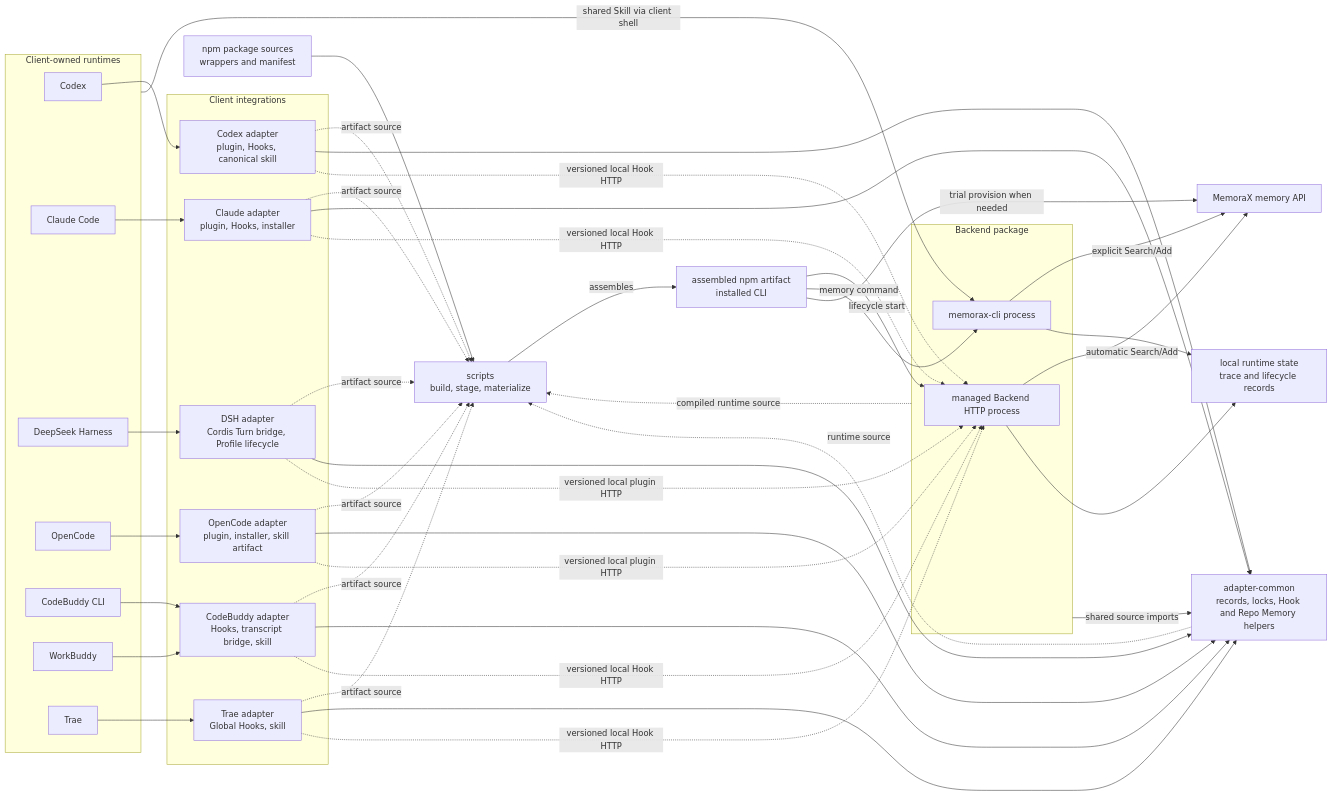
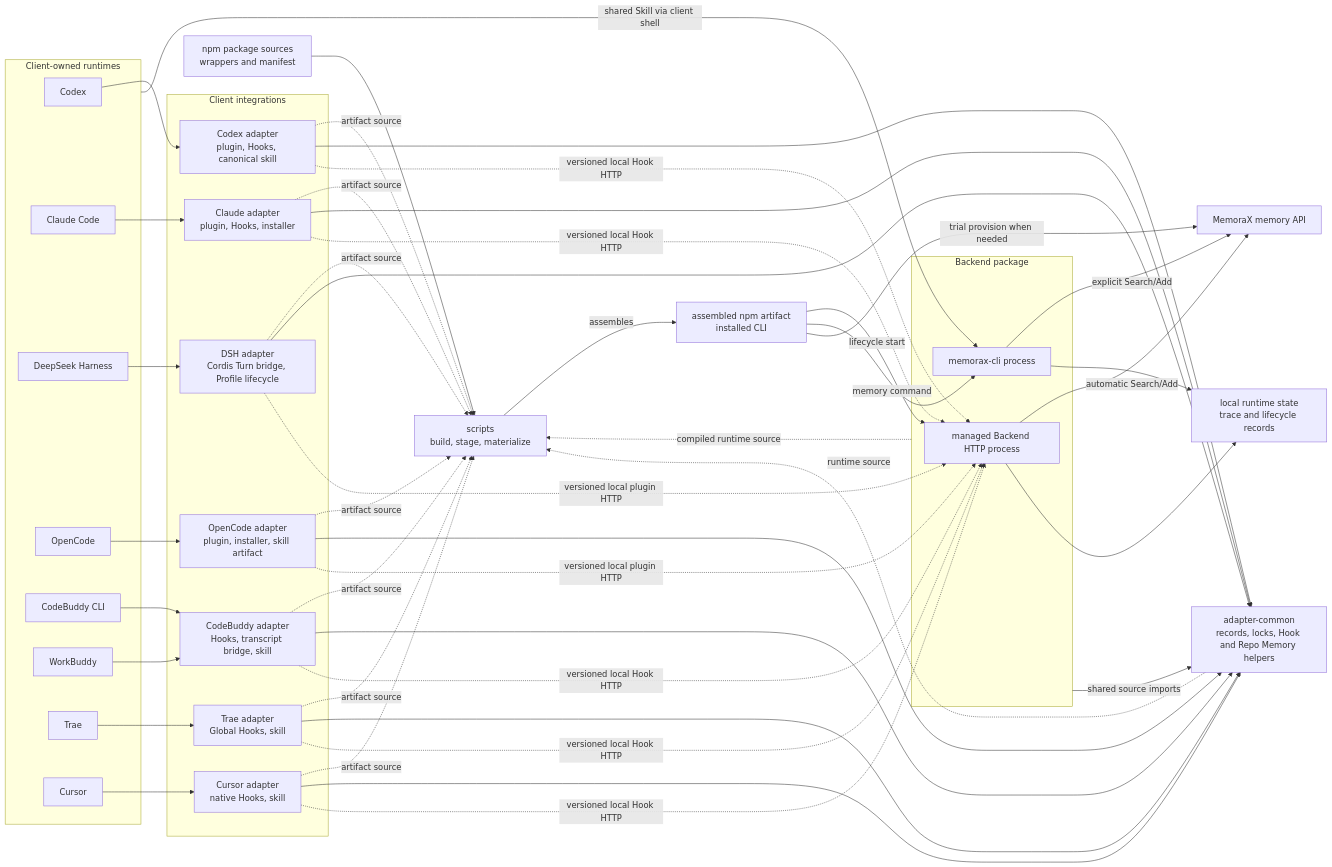
The first of 7 diagrams in ARCHITECTURE.md (SimonEskildse/memorax-code), drawn with Mermaid before and after one commit. The commit also changed other lines of this file and 78 other files, not shown here.

Commit message:
feat:(cursor) add native memory integration and reminders

````diff
--- a/ARCHITECTURE.md
+++ b/ARCHITECTURE.md
@@ -41,74 +41,80 @@
 ```mermaid
 flowchart LR
   subgraph Clients["Client-owned runtimes"]
     Codex["Codex"]
     Claude["Claude Code"]
     DSH["DeepSeek Harness"]
     OpenCode["OpenCode"]
     CodeBuddy["CodeBuddy CLI"]
     WorkBuddy["WorkBuddy"]
     Trae["Trae"]
+    Cursor["Cursor"]
   end
 
   subgraph Adapters["Client integrations"]
     CodexAdapter["Codex adapter<br/>plugin, Hooks, canonical skill"]
     ClaudeAdapter["Claude adapter<br/>plugin, Hooks, installer"]
     DshAdapter["DSH adapter<br/>Cordis Turn bridge, Profile lifecycle"]
     OpenCodeAdapter["OpenCode adapter<br/>plugin, installer, skill artifact"]
     CodeBuddyAdapter["CodeBuddy adapter<br/>Hooks, transcript bridge, skill"]
     TraeAdapter["Trae adapter<br/>Global Hooks, skill"]
+    CursorAdapter["Cursor adapter<br/>native Hooks, skill"]
   end
 
   Common["adapter-common<br/>records, locks, Hook and Repo Memory helpers"]
   subgraph Backend["Backend package"]
     Service["managed Backend HTTP process"]
     MemoryCLI["memorax-cli process"]
   end
   Npm["npm package sources<br/>wrappers and manifest"]
   Build["scripts<br/>build, stage, materialize"]
   Artifact["assembled npm artifact<br/>installed CLI"]
   MemoraX["MemoraX memory API"]
   Local["local runtime state<br/>trace and lifecycle records"]
 
   Npm --> Build
   Backend -. "compiled runtime source" .-> Build
   Common -. "runtime source" .-> Build
   CodexAdapter -. "artifact source" .-> Build
   ClaudeAdapter -. "artifact source" .-> Build
   DshAdapter -. "artifact source" .-> Build
   OpenCodeAdapter -. "artifact source" .-> Build
   CodeBuddyAdapter -. "artifact source" .-> Build
   TraeAdapter -. "artifact source" .-> Build
+  CursorAdapter -. "artifact source" .-> Build
   Build -->|"assembles"| Artifact
   Artifact -->|"lifecycle start"| Service
   Artifact -->|"memory command"| MemoryCLI
   Artifact -->|"trial provision when needed"| MemoraX
 
   Backend -->|"shared source imports"| Common
   CodexAdapter --> Common
   ClaudeAdapter --> Common
   DshAdapter --> Common
   OpenCodeAdapter --> Common
   CodeBuddyAdapter --> Common
   TraeAdapter --> Common
+  CursorAdapter --> Common
 
   Codex --> CodexAdapter
   Claude --> ClaudeAdapter
   DSH --> DshAdapter
   OpenCode --> OpenCodeAdapter
   CodeBuddy --> CodeBuddyAdapter
   WorkBuddy --> CodeBuddyAdapter
   Trae --> TraeAdapter
+  Cursor --> CursorAdapter
   CodexAdapter -. "versioned local Hook HTTP" .-> Service
   ClaudeAdapter -. "versioned local Hook HTTP" .-> Service
   DshAdapter -. "versioned local plugin HTTP" .-> Service
   OpenCodeAdapter -. "versioned local plugin HTTP" .-> Service
   CodeBuddyAdapter -. "versioned local Hook HTTP" .-> Service
   TraeAdapter -. "versioned local Hook HTTP" .-> Service
+  CursorAdapter -. "versioned local Hook HTTP" .-> Service
 
   Clients -->|"shared Skill via client shell"| MemoryCLI
   Service -->|"automatic Search/Add"| MemoraX
   MemoryCLI -->|"explicit Search/Add"| MemoraX
   Service --> Local
   MemoryCLI --> Local
 ```
````
